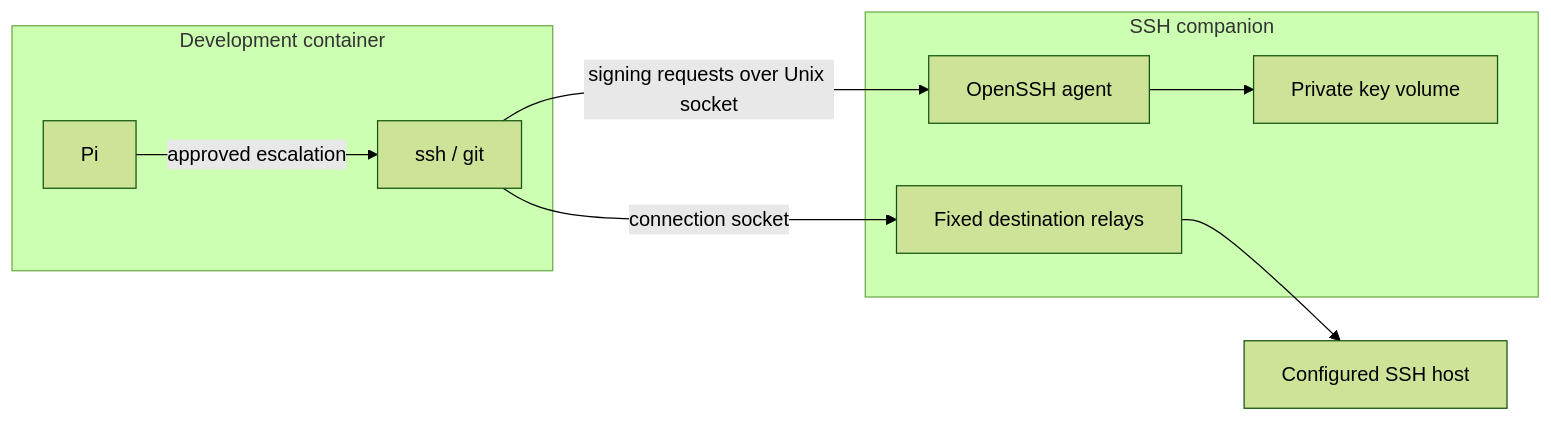
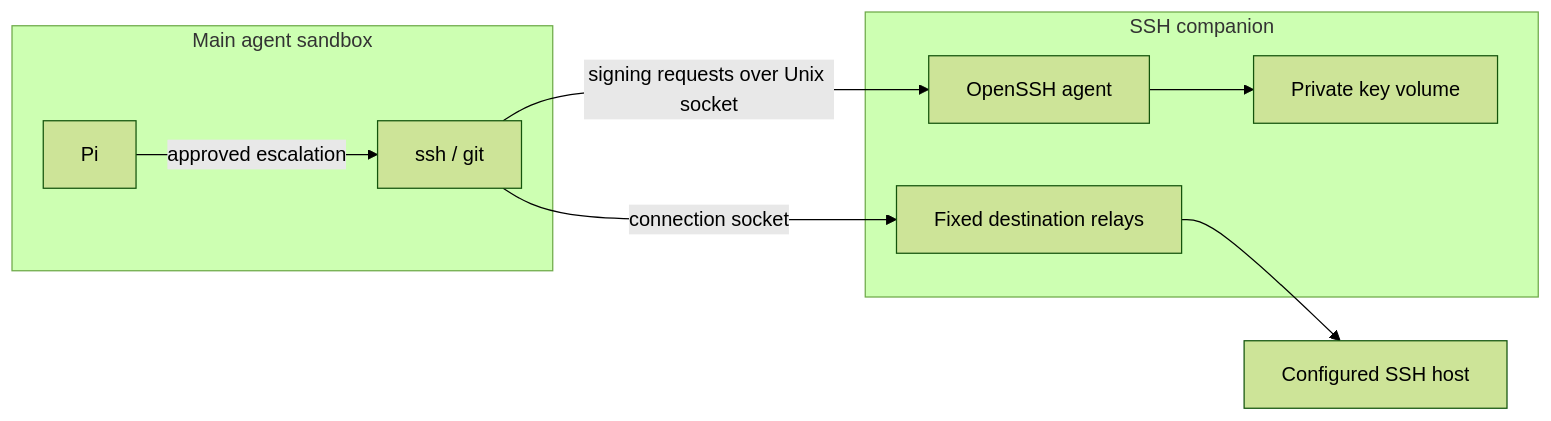
The diagram in docs/ssh.md (kyuz0/ai-sandbox-factory), drawn with Mermaid (forest theme) before and after one commit. The commit also changed other lines of this file and 38 other files, not shown here.

Commit message:
Name the main agent sandbox consistently

````diff
--- a/docs/ssh.md
+++ b/docs/ssh.md
@@ -82,13 +82,13 @@
 ```mermaid
 flowchart LR
-    subgraph DEV[Development container]
+    subgraph DEV[Main agent sandbox]
         PI[Pi] -->|approved escalation| SSH[ssh / git]
     end
     subgraph COMP[SSH companion]
         AGENT[OpenSSH agent] --> KEY[Private key volume]
         RELAY[Fixed destination relays]
     end
     SSH -->|signing requests over Unix socket| AGENT
     SSH -->|connection socket| RELAY
     RELAY --> HOST[Configured SSH host]
 ```
````
